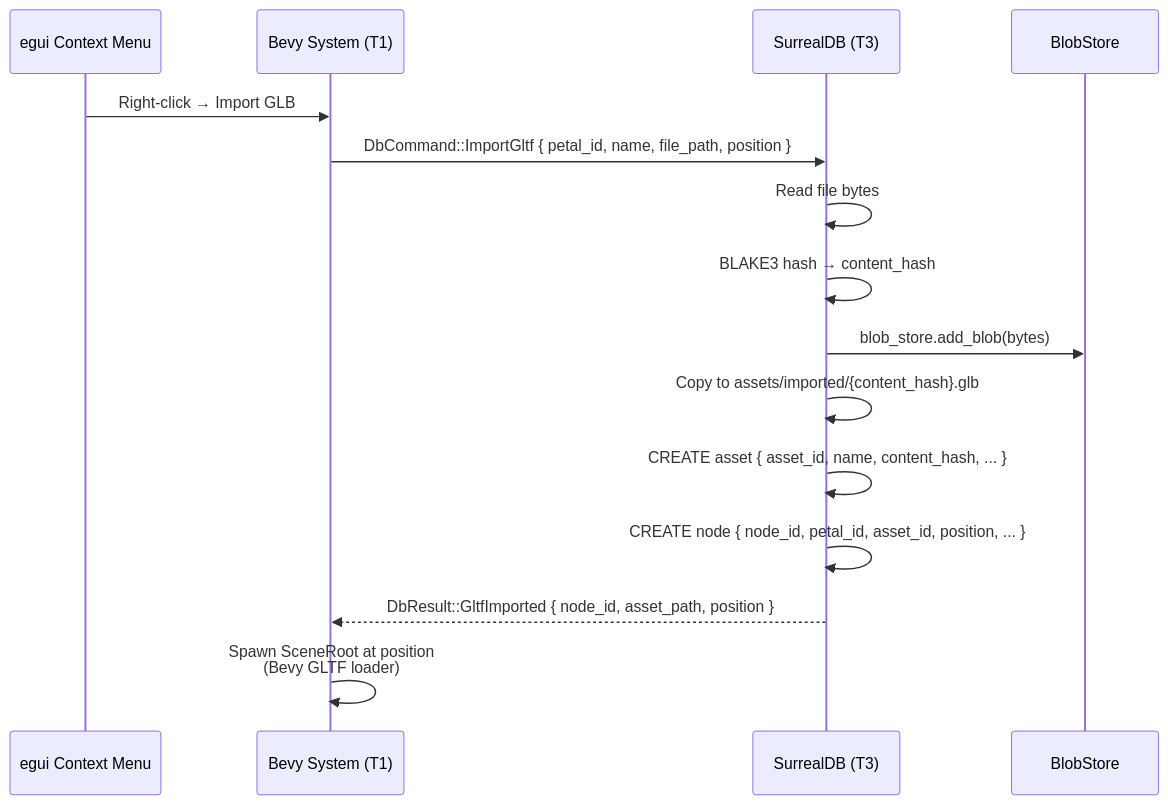
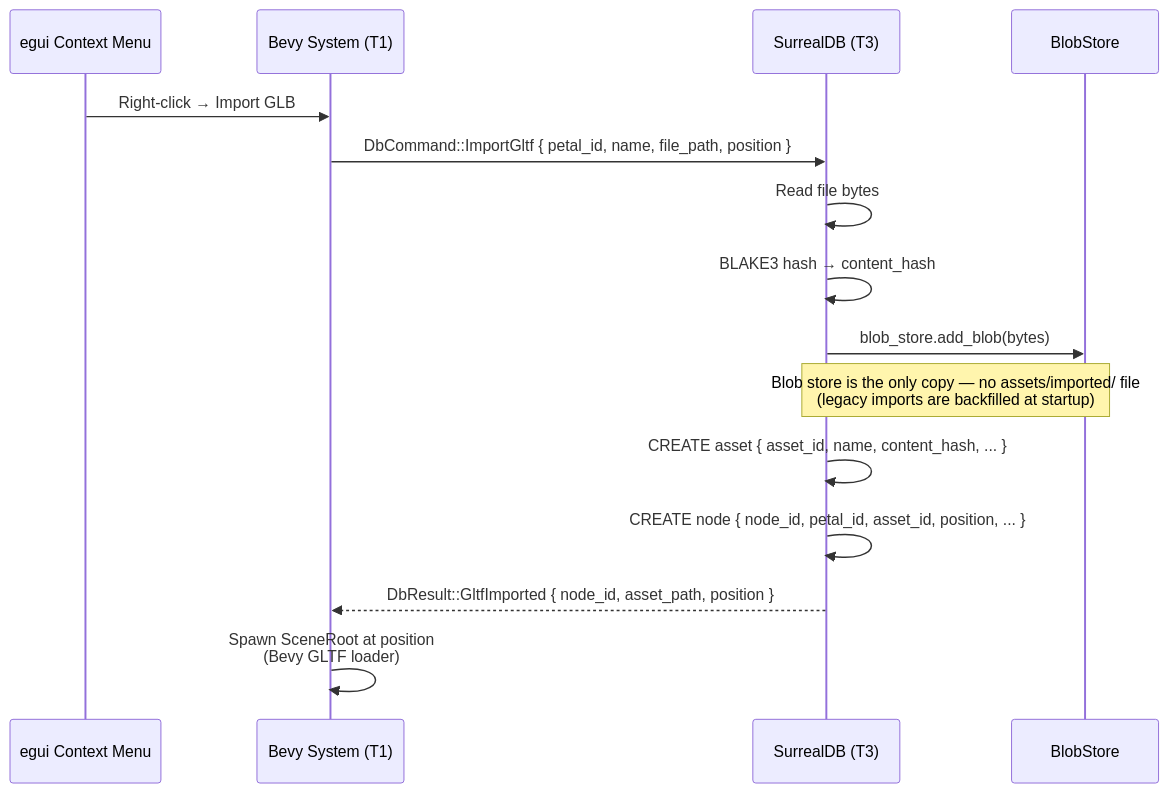
One commit to Escherbridge/fractalengine changed the fourth of 4 diagrams in docs/diagrams/05-database-schema.md. Above: the diagram before and after it, drawn with Mermaid. The commit also changed 8 other files, not shown here.

First line of the commit message:
feat(fe-database)!: retire the imported/ GLB disk fallback behind a one-time blob-store backfill (tests deferred)

````diff
--- a/docs/diagrams/05-database-schema.md
+++ b/docs/diagrams/05-database-schema.md
@@ -186,21 +186,21 @@
 ```mermaid
 sequenceDiagram
     participant UI as egui Context Menu
     participant T1 as Bevy System (T1)
     participant T3 as SurrealDB (T3)
     participant Blob as BlobStore
 
     UI->>T1: Right-click → Import GLB
     T1->>T3: DbCommand::ImportGltf { petal_id, name, file_path, position }
 
     T3->>T3: Read file bytes
     T3->>T3: BLAKE3 hash → content_hash
     T3->>Blob: blob_store.add_blob(bytes)
-    T3->>T3: Copy to assets/imported/{content_hash}.glb
+    Note over T3,Blob: Blob store is the only copy — no assets/imported/ file<br/>(legacy imports are backfilled at startup)
 
     T3->>T3: CREATE asset { asset_id, name, content_hash, ... }
     T3->>T3: CREATE node { node_id, petal_id, asset_id, position, ... }
     T3-->>T1: DbResult::GltfImported { node_id, asset_path, position }
 
     T1->>T1: Spawn SceneRoot at position<br/>(Bevy GLTF loader)
 ```
````
